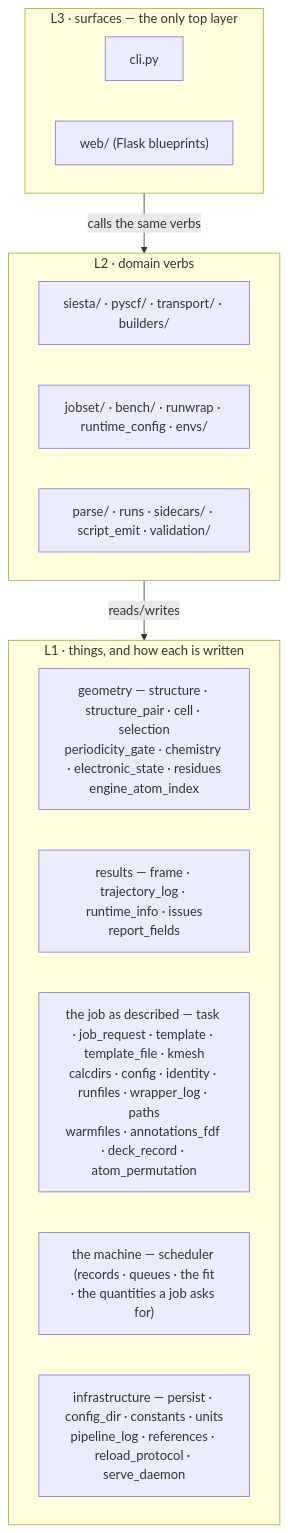
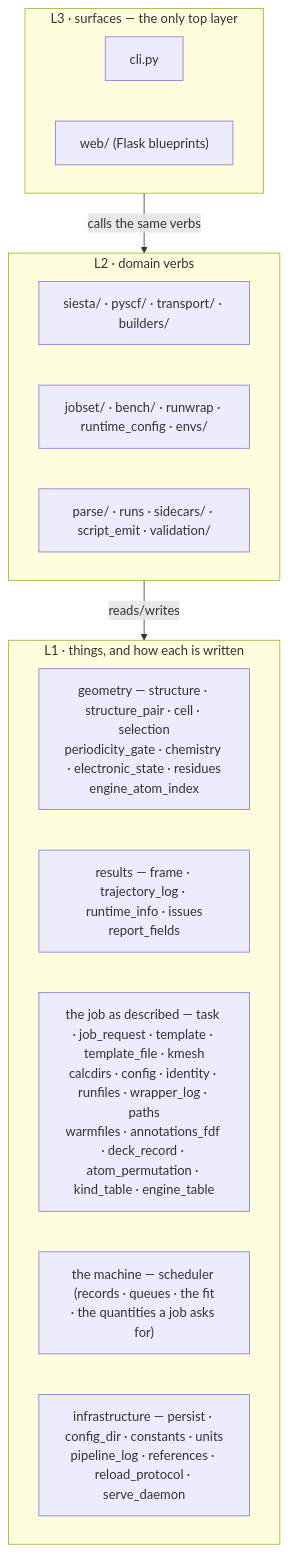
The diagram in docs/architecture.md (Qing-LAB/molbuilder), drawn with Mermaid before and after one commit. The commit also changed other lines of this file and 9 other files, not shown here.

First line of the commit message:
docs: plan § 1ak S1 -- the contract for the kind and engine tables and the floors

````diff
--- a/docs/architecture.md
+++ b/docs/architecture.md
@@ -102,21 +102,21 @@
 ```mermaid
 flowchart TB
   subgraph L3["L3 · surfaces — the only top layer"]
     CLI["cli.py"]
     WEB["web/ (Flask blueprints)"]
   end
   subgraph L2["L2 · domain verbs"]
     ENG["siesta/ · pyscf/ · transport/ · builders/"]
     EXE["jobset/ · bench/ · runwrap · runtime_config · envs/"]
     RW["parse/ · runs · sidecars/ · script_emit · validation/"]
   end
   subgraph L1["L1 · things, and how each is written"]
     GEO["geometry — structure · structure_pair · cell · selection<br/>periodicity_gate · chemistry · electronic_state · residues<br/>engine_atom_index"]
     RES["results — frame · trajectory_log · runtime_info · issues<br/>report_fields"]
-    JOB["the job as described — task · job_request · template · template_file · kmesh<br/>calcdirs · config · identity · runfiles · wrapper_log · paths<br/>warmfiles · annotations_fdf · deck_record · atom_permutation"]
+    JOB["the job as described — task · job_request · template · template_file · kmesh<br/>calcdirs · config · identity · runfiles · wrapper_log · paths<br/>warmfiles · annotations_fdf · deck_record · atom_permutation · kind_table · engine_table"]
     MACH["the machine — scheduler (records · queues · the fit<br/>· the quantities a job asks for)"]
     INF["infrastructure — persist · config_dir · constants · units<br/>pipeline_log · references · reload_protocol · serve_daemon"]
   end
   L3 -->|calls the same verbs| L2
   L2 -->|reads/writes| L1
 ```
````
